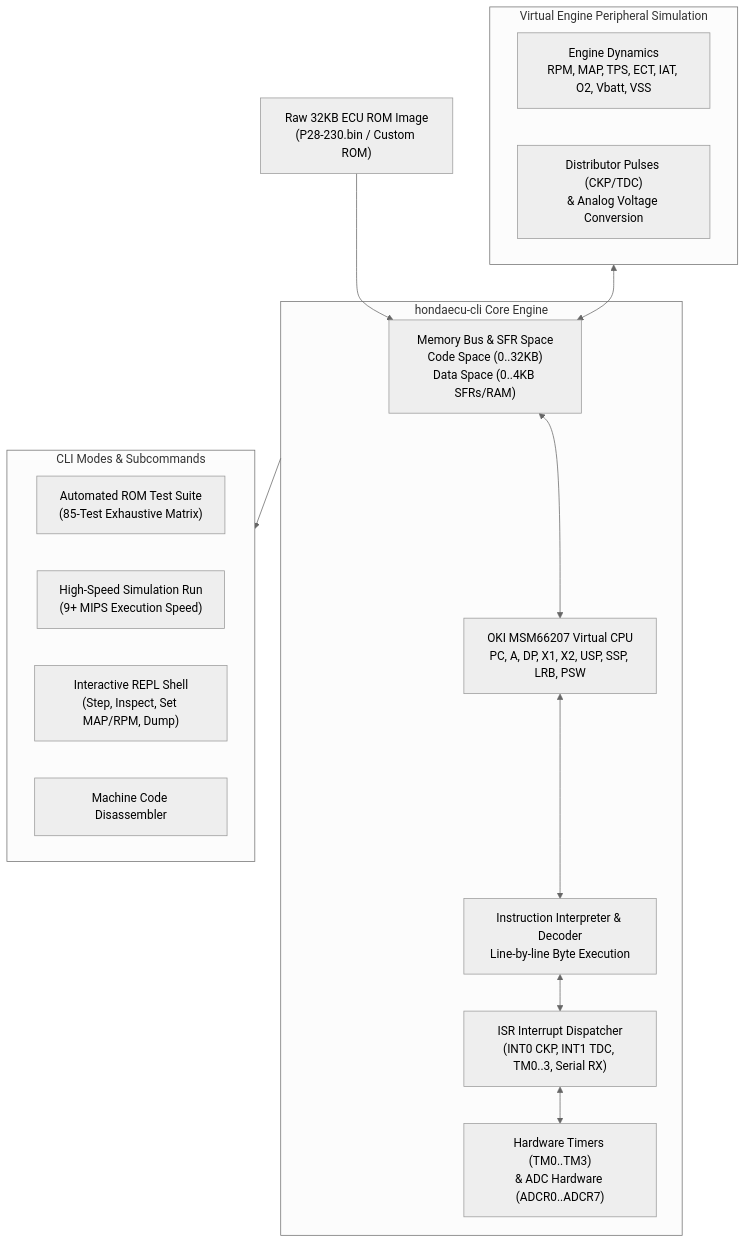
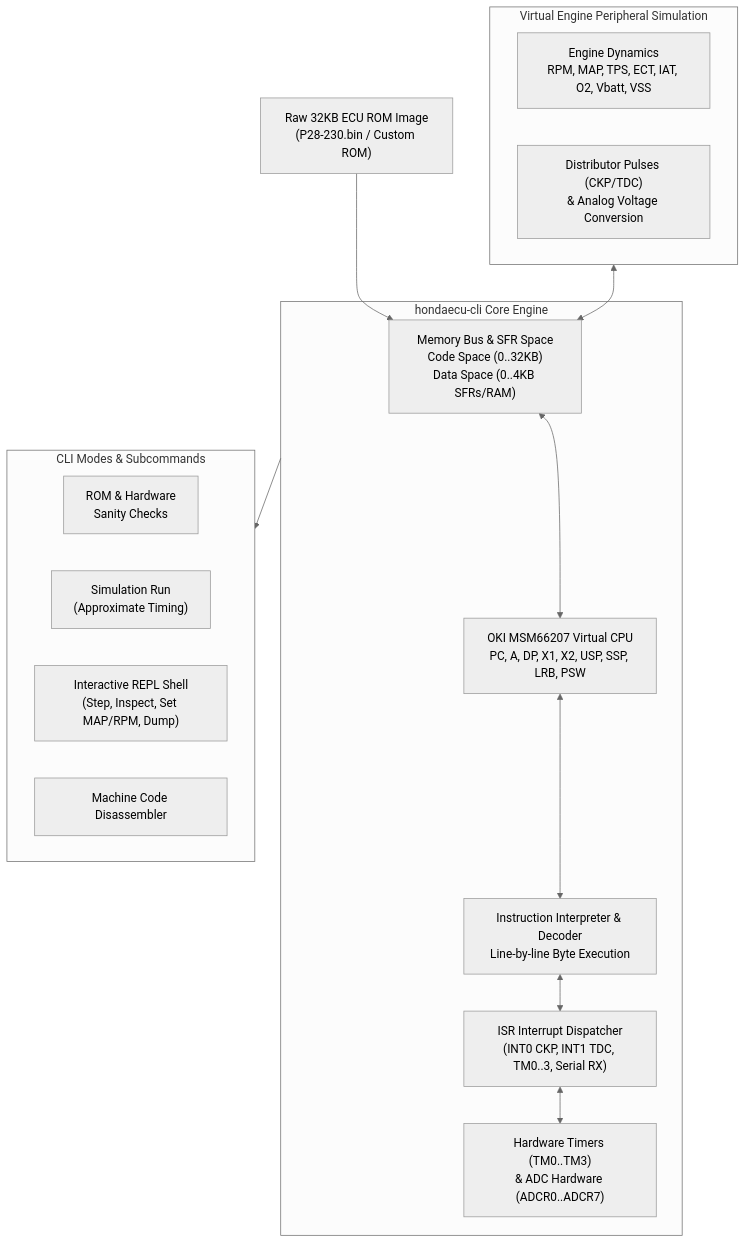
Before and after one commit to VIRUXE/hondaecu-cli: the diagram in README.md, drawn with Mermaid (neutral theme). The commit also changed other lines of this file and 3 other files, not shown here.

````diff
--- a/README.md
+++ b/README.md
@@ -21,31 +20,31 @@
 ```mermaid
 flowchart TD
     ROM["Raw 32KB ECU ROM Image<br/>(P28-230.bin / Custom ROM)"] --> Bus
     
     subgraph Core ["hondaecu-cli Core Engine"]
         CPU["OKI MSM66207 Virtual CPU<br/>PC, A, DP, X1, X2, USP, SSP, LRB, PSW"]
         Interp["Instruction Interpreter & Decoder<br/>Line-by-line Byte Execution"]
         Bus["Memory Bus & SFR Space<br/>Code Space (0..32KB)<br/>Data Space (0..4KB SFRs/RAM)"]
         Timers["Hardware Timers (TM0..TM3)<br/>& ADC Hardware (ADCR0..ADCR7)"]
         ISRs["ISR Interrupt Dispatcher<br/>(INT0 CKP, INT1 TDC, TM0..3, Serial RX)"]
     end
     
     subgraph EngineSim ["Virtual Engine Peripheral Simulation"]
         Engine["Engine Dynamics<br/>RPM, MAP, TPS, ECT, IAT, O2, Vbatt, VSS"]
         Signals["Distributor Pulses (CKP/TDC)<br/>& Analog Voltage Conversion"]
     end
     
     subgraph Modes ["CLI Modes & Subcommands"]
-        Test["Automated ROM Test Suite<br/>(85-Test Exhaustive Matrix)"]
-        Run["High-Speed Simulation Run<br/>(9+ MIPS Execution Speed)"]
+        Test["ROM & Hardware<br/>Sanity Checks"]
+        Run["Simulation Run<br/>(Approximate Timing)"]
         REPL["Interactive REPL Shell<br/>(Step, Inspect, Set MAP/RPM, Dump)"]
         Disasm["Machine Code Disassembler"]
     end
 
     Bus <--> CPU
     CPU <--> Interp
     EngineSim <--> Bus
     Interp <--> ISRs
     ISRs <--> Timers
     Core --> Modes
 ```
````
